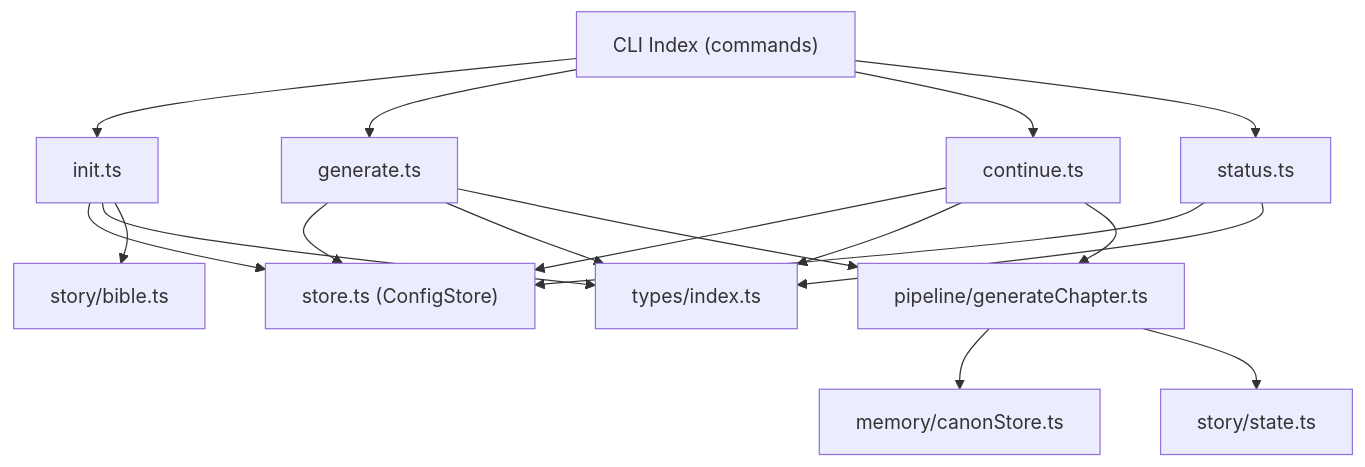
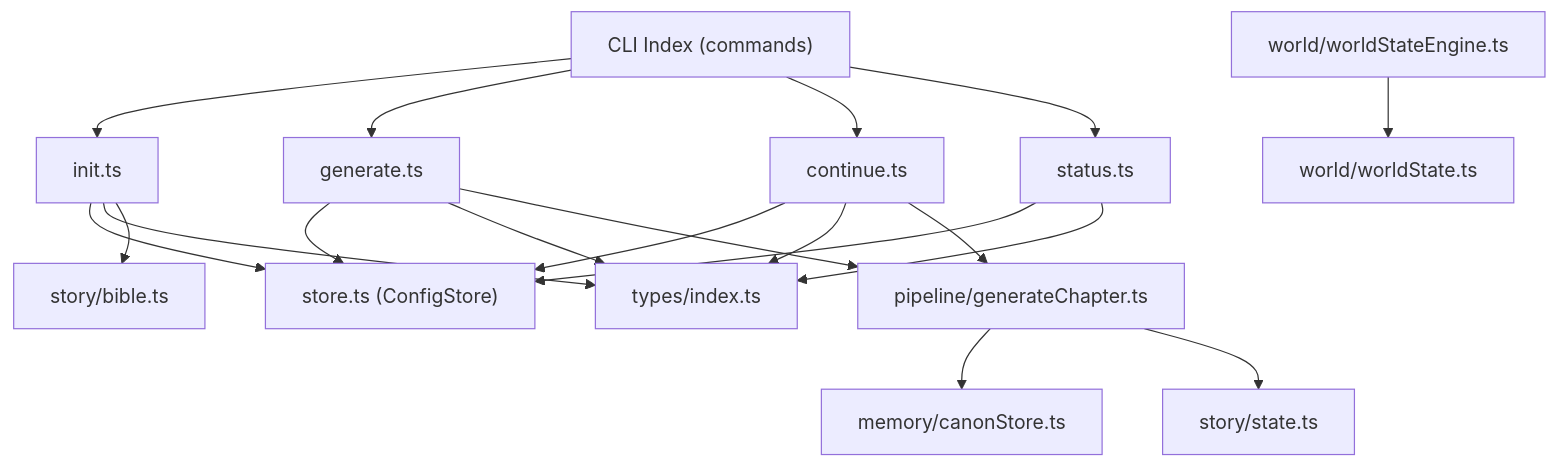
Before and after one commit to liwonder/NARRITIVE_OS: the second of 8 diagrams in .qoder/repowiki/en/content/Story Management System/Local Storage & Persistence.md, drawn with Mermaid. The commit also changed other lines of this file and 12 other files, not shown here.

````diff
--- a/.qoder/repowiki/en/content/Story Management System/Local Storage & Persistence.md
+++ b/.qoder/repowiki/en/content/Story Management System/Local Storage & Persistence.md
@@ -102,31 +134,34 @@
 ```mermaid
 graph TB
 CLI_Index["CLI Index (commands)"]
 InitCmd["init.ts"]
 GenCmd["generate.ts"]
 ContCmd["continue.ts"]
 StatusCmd["status.ts"]
 Store["store.ts (ConfigStore)"]
 EngineTypes["types/index.ts"]
 EngineBible["story/bible.ts"]
 EngineState["story/state.ts"]
 EngineCanon["memory/canonStore.ts"]
 EngineGen["pipeline/generateChapter.ts"]
+WorldEngine["world/worldStateEngine.ts"]
+WorldManager["world/worldState.ts"]
 CLI_Index --> InitCmd
 CLI_Index --> GenCmd
 CLI_Index --> ContCmd
 CLI_Index --> StatusCmd
 InitCmd --> Store
 GenCmd --> Store
 ContCmd --> Store
 StatusCmd --> Store
 InitCmd --> EngineTypes
 GenCmd --> EngineTypes
 ContCmd --> EngineTypes
 StatusCmd --> EngineTypes
 InitCmd --> EngineBible
 GenCmd --> EngineGen
 ContCmd --> EngineGen
 EngineGen --> EngineCanon
 EngineGen --> EngineState
+WorldEngine --> WorldManager
 ```
````
